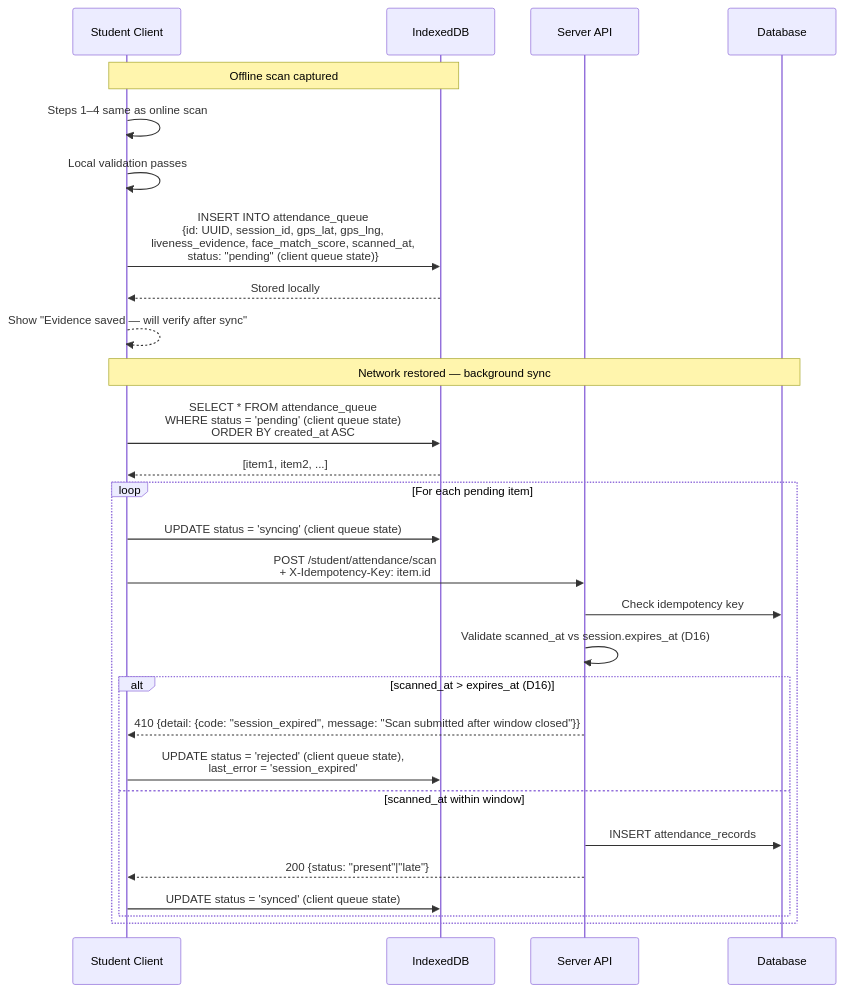
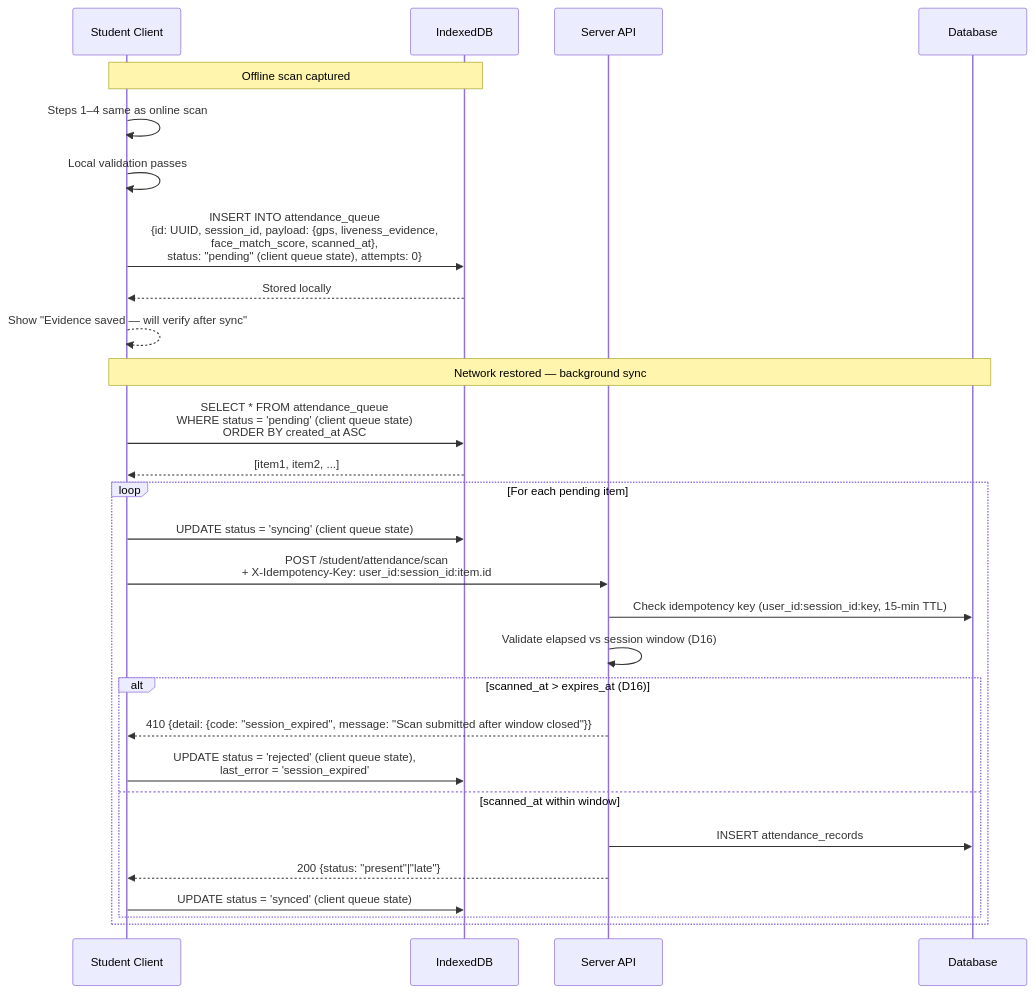
The second of 7 diagrams in docs/architecture/data-flow.md (dhenji/qr_based_attendance_system), drawn with Mermaid before and after one commit. The commit also changed other lines of this file and 3 other files, not shown here.

````diff
--- a/docs/architecture/data-flow.md
+++ b/docs/architecture/data-flow.md
@@ -72,36 +72,36 @@
 ```mermaid
 sequenceDiagram
     participant S as Student Client
     participant IDB as IndexedDB
     participant API as Server API
     participant DB as Database
 
     Note over S,IDB: Offline scan captured
 
     S->>S: Steps 1–4 same as online scan
     S->>S: Local validation passes
-    S->>IDB: INSERT INTO attendance_queue<br>{id: UUID, session_id, gps_lat, gps_lng,<br>liveness_evidence, face_match_score, scanned_at,<br>status: "pending" (client queue state)}
+    S->>IDB: INSERT INTO attendance_queue<br>{id: UUID, session_id, payload: {gps, liveness_evidence,<br>face_match_score, scanned_at},<br>status: "pending" (client queue state), attempts: 0}
     IDB-->>S: Stored locally
     S-->>S: Show "Evidence saved — will verify after sync"
 
     Note over S,DB: Network restored — background sync
 
     S->>IDB: SELECT * FROM attendance_queue<br>WHERE status = 'pending' (client queue state)<br>ORDER BY created_at ASC
     IDB-->>S: [item1, item2, ...]
 
     loop For each pending item
         S->>IDB: UPDATE status = 'syncing' (client queue state)
-        S->>API: POST /student/attendance/scan<br>+ X-Idempotency-Key: item.id
-        API->>DB: Check idempotency key
-        API->>API: Validate scanned_at vs session.expires_at (D16)
+        S->>API: POST /student/attendance/scan<br>+ X-Idempotency-Key: user_id:session_id:item.id
+        API->>DB: Check idempotency key (user_id:session_id:key, 15-min TTL)
+        API->>API: Validate elapsed vs session window (D16)
 
         alt scanned_at > expires_at (D16)
             API-->>S: 410 {detail: {code: "session_expired", message: "Scan submitted after window closed"}}
             S->>IDB: UPDATE status = 'rejected' (client queue state),<br>last_error = 'session_expired'
         else scanned_at within window
             API->>DB: INSERT attendance_records
             API-->>S: 200 {status: "present"|"late"}
             S->>IDB: UPDATE status = 'synced' (client queue state)
         end
     end
 ```
````
